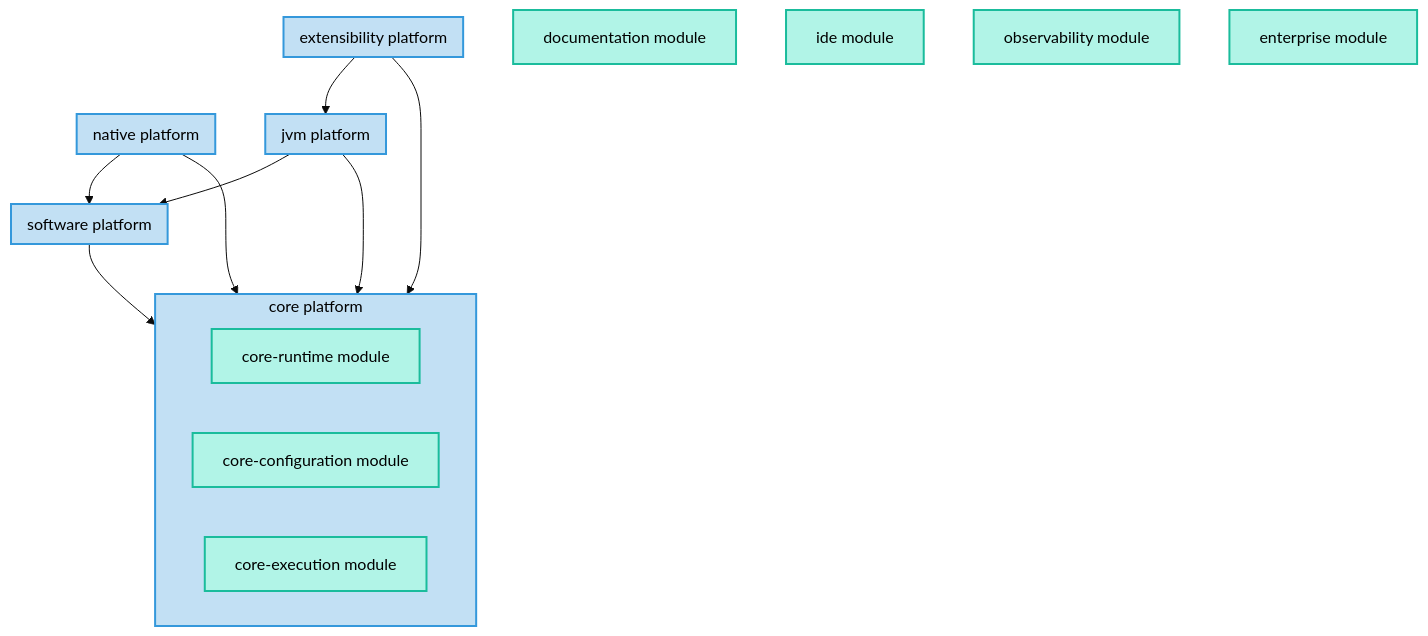
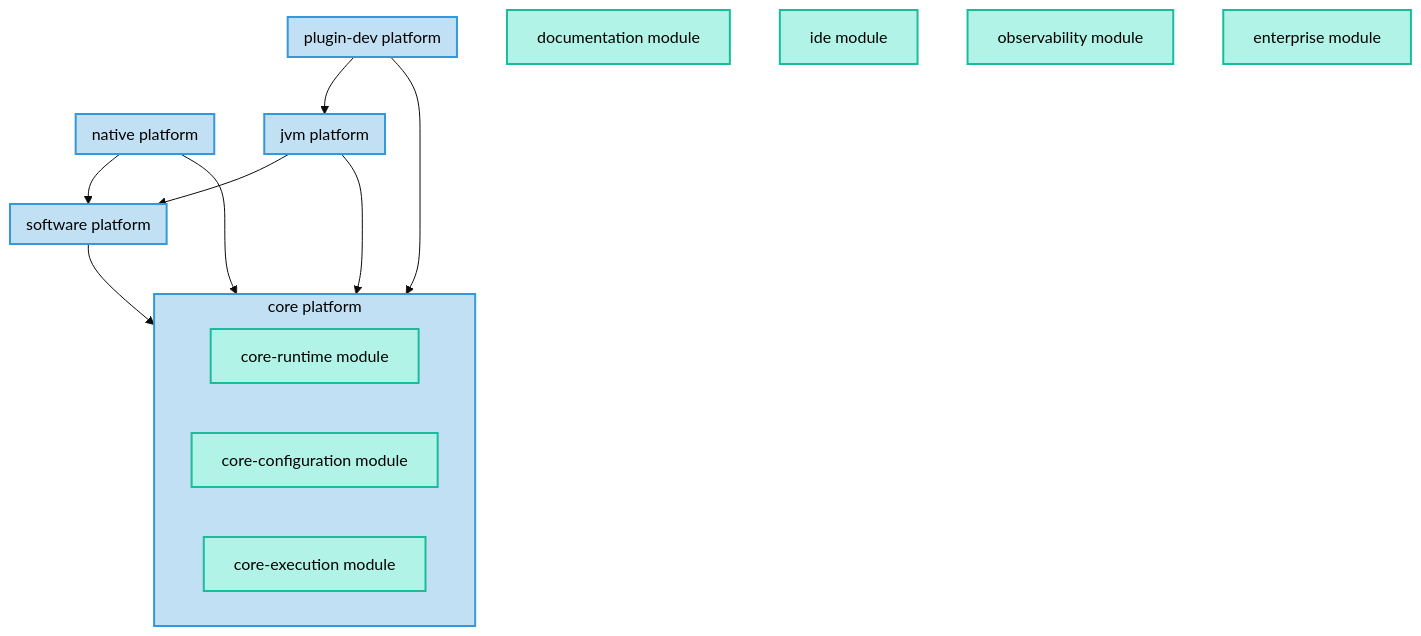
Before and after one commit to gradle/gradle: the diagram in architecture/platforms.md, drawn with Mermaid (base theme). The commit also changed other lines of this file and 185 other files, not shown here.

Commit message:
Rename extensibility platform to plugin-dev

````diff
--- a/architecture/platforms.md
+++ b/architecture/platforms.md
@@ -13,51 +13,51 @@
 ```mermaid
     graph TD
 
     subgraph core["core platform"]
 
         core_runtime["core-runtime module"]
         style core_runtime stroke:#1abc9c,fill:#b1f4e7,stroke-width:2px,color:#000;
 
         core_configuration["core-configuration module"]
         style core_configuration stroke:#1abc9c,fill:#b1f4e7,stroke-width:2px,color:#000;
 
         core_execution["core-execution module"]
         style core_execution stroke:#1abc9c,fill:#b1f4e7,stroke-width:2px,color:#000;
     end
     style core fill:#c2e0f4,stroke:#3498db,stroke-width:2px,color:#000;
 
     documentation["documentation module"]
     style documentation stroke:#1abc9c,fill:#b1f4e7,stroke-width:2px,color:#000;
 
     ide["ide module"]
     style ide stroke:#1abc9c,fill:#b1f4e7,stroke-width:2px,color:#000;
 
     observability["observability module"]
     style observability stroke:#1abc9c,fill:#b1f4e7,stroke-width:2px,color:#000;
 
     subgraph software["software platform"]
     end
     style software fill:#c2e0f4,stroke:#3498db,stroke-width:2px,color:#000;
     software --> core
 
     subgraph jvm["jvm platform"]
     end
     style jvm fill:#c2e0f4,stroke:#3498db,stroke-width:2px,color:#000;
     jvm --> core
     jvm --> software
 
-    subgraph extensibility["extensibility platform"]
+    subgraph plugin_dev["plugin-dev platform"]
     end
-    style extensibility fill:#c2e0f4,stroke:#3498db,stroke-width:2px,color:#000;
-    extensibility --> core
-    extensibility --> jvm
+    style plugin_dev fill:#c2e0f4,stroke:#3498db,stroke-width:2px,color:#000;
+    plugin_dev --> core
+    plugin_dev --> jvm
 
     subgraph native["native platform"]
     end
     style native fill:#c2e0f4,stroke:#3498db,stroke-width:2px,color:#000;
     native --> core
     native --> software
 
     enterprise["enterprise module"]
     style enterprise stroke:#1abc9c,fill:#b1f4e7,stroke-width:2px,color:#000;
 ```
````
